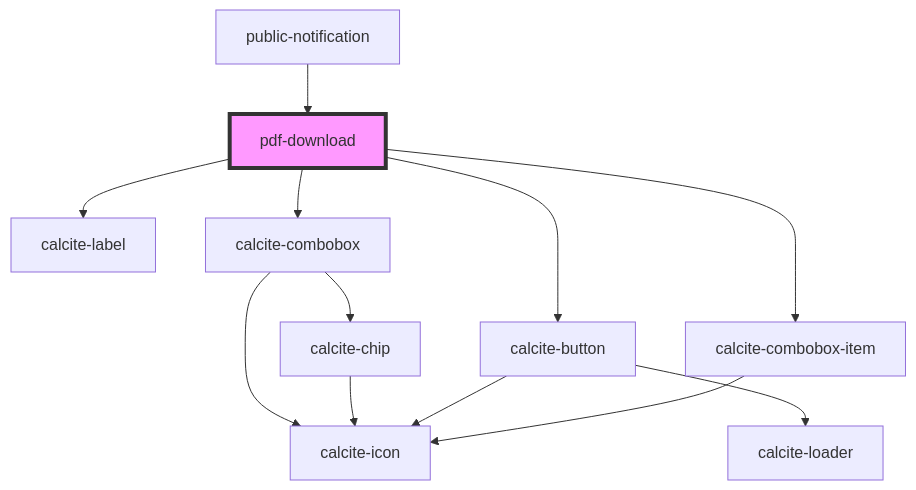
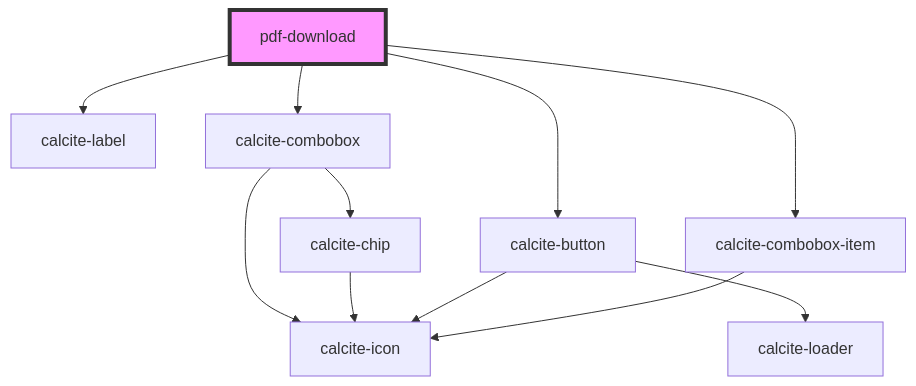
Before and after one commit to Esri/solutions-components: the diagram in src/components/pdf-download/readme.md, drawn with Mermaid. The commit also changed other lines of this file and 13 other files, not shown here.

Commit message:
remove old pn and update sketch to store geom vs graphics

````diff
--- a/src/components/pdf-download/readme.md
+++ b/src/components/pdf-download/readme.md
@@ -29,15 +25,14 @@
 ```mermaid
 graph TD;
   pdf-download --> calcite-label
   pdf-download --> calcite-combobox
   pdf-download --> calcite-button
   pdf-download --> calcite-combobox-item
   calcite-combobox --> calcite-chip
   calcite-combobox --> calcite-icon
   calcite-chip --> calcite-icon
   calcite-button --> calcite-loader
   calcite-button --> calcite-icon
   calcite-combobox-item --> calcite-icon
-  public-notification --> pdf-download
   style pdf-download fill:#f9f,stroke:#333,stroke-width:4px
 ```
````
